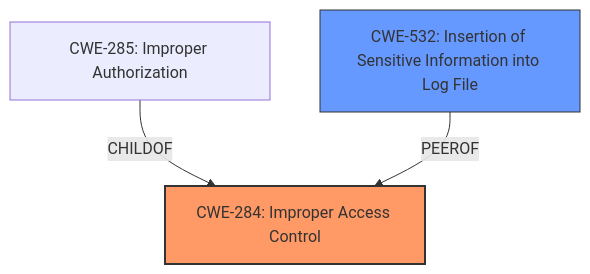
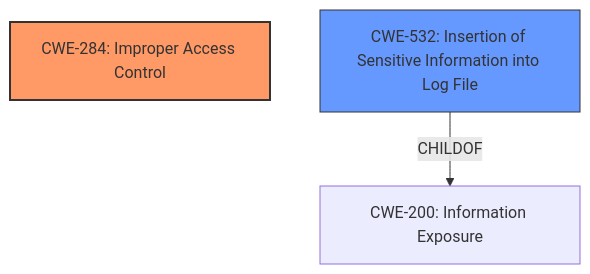
Before and after one commit to CyberSecAI/cwe_agent_assign_reports_2023: the diagram in CVE-2021-25369/CVE-2021-25369_analysis.md, drawn with Mermaid. The commit also changed other lines of this file and 902 other files, not shown here.

````diff
--- a/CVE-2021-25369/CVE-2021-25369_analysis.md
+++ b/CVE-2021-25369/CVE-2021-25369_analysis.md
@@ -17,15 +17,12 @@
 ```mermaid
 graph TD
     cwe284["CWE-284: Improper Access Control"]
     cwe532["CWE-532: Insertion of Sensitive Information into Log File"]
-    cwe285["CWE-285: Improper Authorization"]
-    
-    cwe285 -->|CHILDOF| cwe284
-    cwe532 -->|PEEROF| cwe284
+
+    cwe532 -->|CHILDOF| cwe200["CWE-200: Information Exposure"]
     
     classDef primary fill:#f96,stroke:#333,stroke-width:2px
     classDef secondary fill:#69f,stroke:#333
-    classDef tertiary fill:#9e9,stroke:#333
     class cwe284 primary
     class cwe532 secondary
 ```
````
